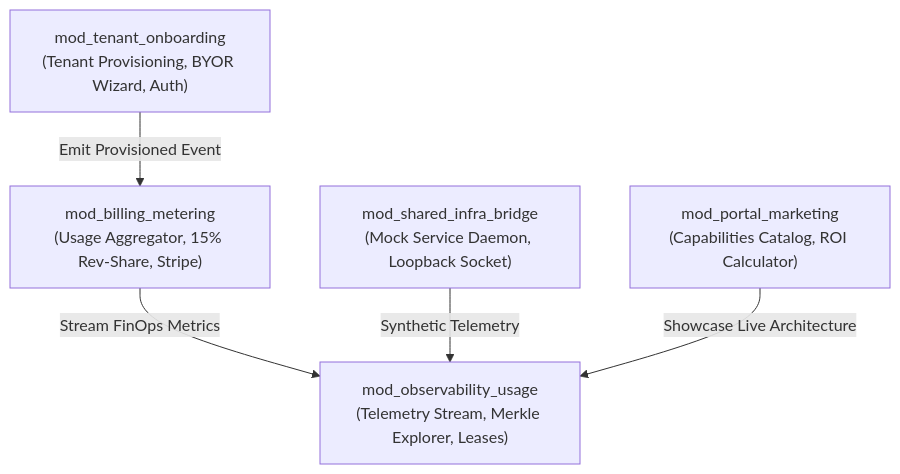
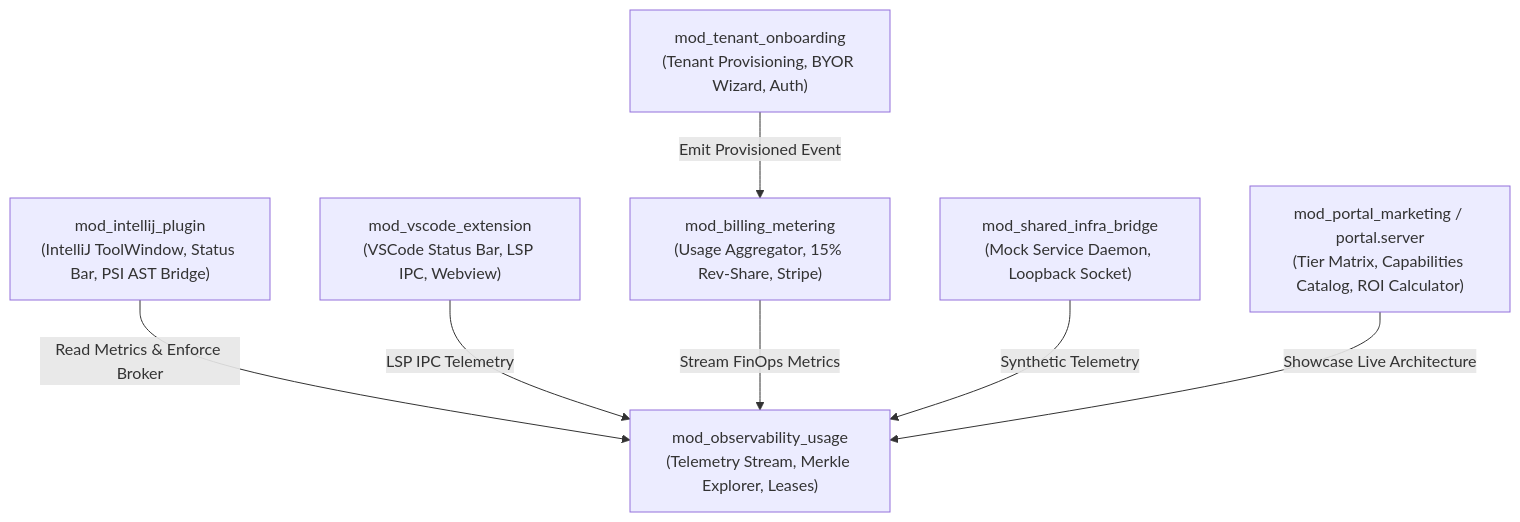
The diagram in workplace/docs/module_catalog.md (lakhwindersingh/nb_fairyfly), drawn with Mermaid before and after one commit. The commit also changed other lines of this file and 120 other files, not shown here.

````diff
--- a/workplace/docs/module_catalog.md
+++ b/workplace/docs/module_catalog.md
@@ -8,13 +8,17 @@
 ```mermaid
 graph TD
+  M_IntelliJ["mod_intellij_plugin<br/>(IntelliJ ToolWindow, Status Bar, PSI AST Bridge)"]
+  M_VSCode["mod_vscode_extension<br/>(VSCode Status Bar, LSP IPC, Webview)"]
   M_Onboarding["mod_tenant_onboarding<br/>(Tenant Provisioning, BYOR Wizard, Auth)"]
   M_Billing["mod_billing_metering<br/>(Usage Aggregator, 15% Rev-Share, Stripe)"]
   M_Observability["mod_observability_usage<br/>(Telemetry Stream, Merkle Explorer, Leases)"]
   M_Bridge["mod_shared_infra_bridge<br/>(Mock Service Daemon, Loopback Socket)"]
-  M_Marketing["mod_portal_marketing<br/>(Capabilities Catalog, ROI Calculator)"]
+  M_Marketing["mod_portal_marketing / portal.server<br/>(Tier Matrix, Capabilities Catalog, ROI Calculator)"]
 
+  M_IntelliJ -->|"Read Metrics & Enforce Broker"| M_Observability
+  M_VSCode -->|"LSP IPC Telemetry"| M_Observability
   M_Onboarding -->|"Emit Provisioned Event"| M_Billing
   M_Billing -->|"Stream FinOps Metrics"| M_Observability
   M_Bridge -->|"Synthetic Telemetry"| M_Observability
   M_Marketing -->|"Showcase Live Architecture"| M_Observability
 ```
````
